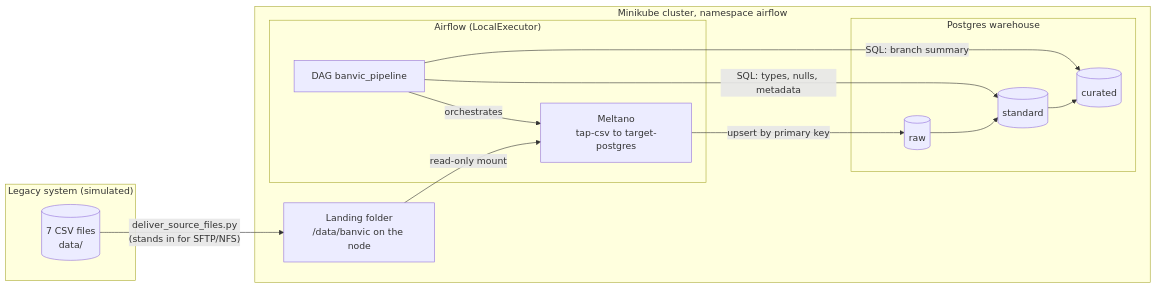
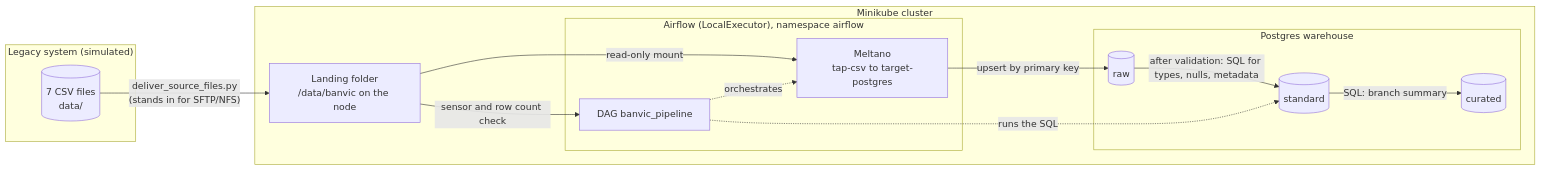
Before and after one commit to MBoness/desafio_fed: the diagram in README.md, drawn with Mermaid.

Commit message:
changes to readme diagram

````diff
--- a/README.md
+++ b/README.md
@@ -7,30 +7,30 @@
 ```mermaid
 flowchart LR
     subgraph legacy["Legacy system (simulated)"]
         csv[("7 CSV files<br/>data/")]
     end
 
-    subgraph mk["Minikube cluster, namespace airflow"]
+    subgraph mk["Minikube cluster"]
         landing["Landing folder<br/>/data/banvic on the node"]
 
-        subgraph af["Airflow (LocalExecutor)"]
+        subgraph af["Airflow (LocalExecutor), namespace airflow"]
             dag["DAG banvic_pipeline"]
             meltano["Meltano<br/>tap-csv to target-postgres"]
         end
 
         subgraph wh["Postgres warehouse"]
             raw[("raw")]
             std[("standard")]
             cur[("curated")]
         end
     end
 
     csv -- "deliver_source_files.py<br/>(stands in for SFTP/NFS)" --> landing
     landing -- "read-only mount" --> meltano
-    dag -- "orchestrates" --> meltano
+    landing -- "sensor and row count check" --> dag
     meltano -- "upsert by primary key" --> raw
-    dag -- "SQL: types, nulls, metadata" --> std
-    raw --> std
-    dag -- "SQL: branch summary" --> cur
-    std --> cur
+    raw -- "after validation: SQL for types, nulls, metadata" --> std
+    std -- "SQL: branch summary" --> cur
+    dag -. "orchestrates" .-> meltano
+    dag -. "runs the SQL" .-> std
 ```
````
